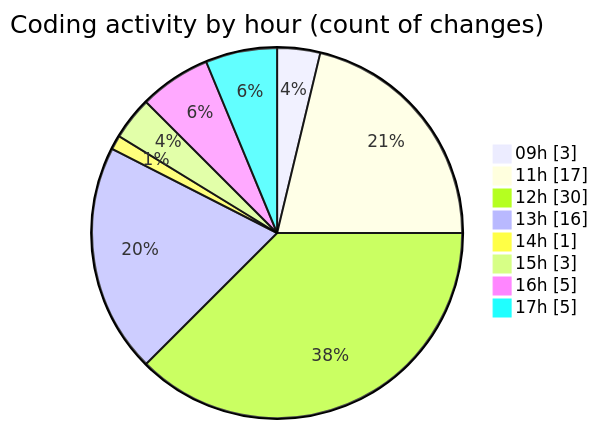
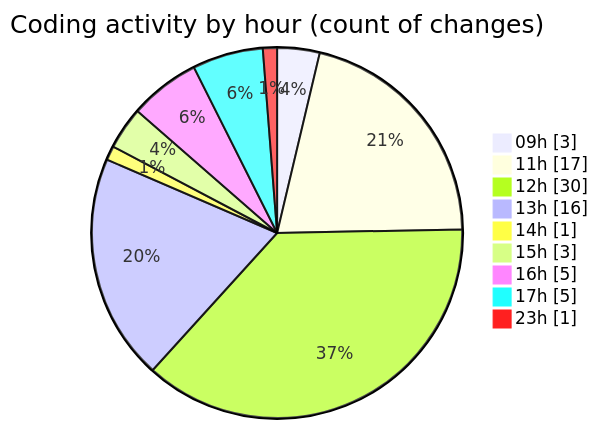
Before and after one commit to julien-gomy/code-tracking: the second of 2 diagrams in 2025-10-15/eventscop-api-guide__workspace_/README.md, drawn with Mermaid. The commit also changed other lines of this file and 1 other file, not shown here.

````diff
--- a/2025-10-15/eventscop-api-guide__workspace_/README.md
+++ b/2025-10-15/eventscop-api-guide__workspace_/README.md
@@ -41,12 +42,13 @@
 ```mermaid
 pie showData
 title Coding activity by hour (count of changes)
 "09h" : 3
 "11h" : 17
 "12h" : 30
 "13h" : 16
 "14h" : 1
 "15h" : 3
 "16h" : 5
 "17h" : 5
+"23h" : 1
 ```
````
